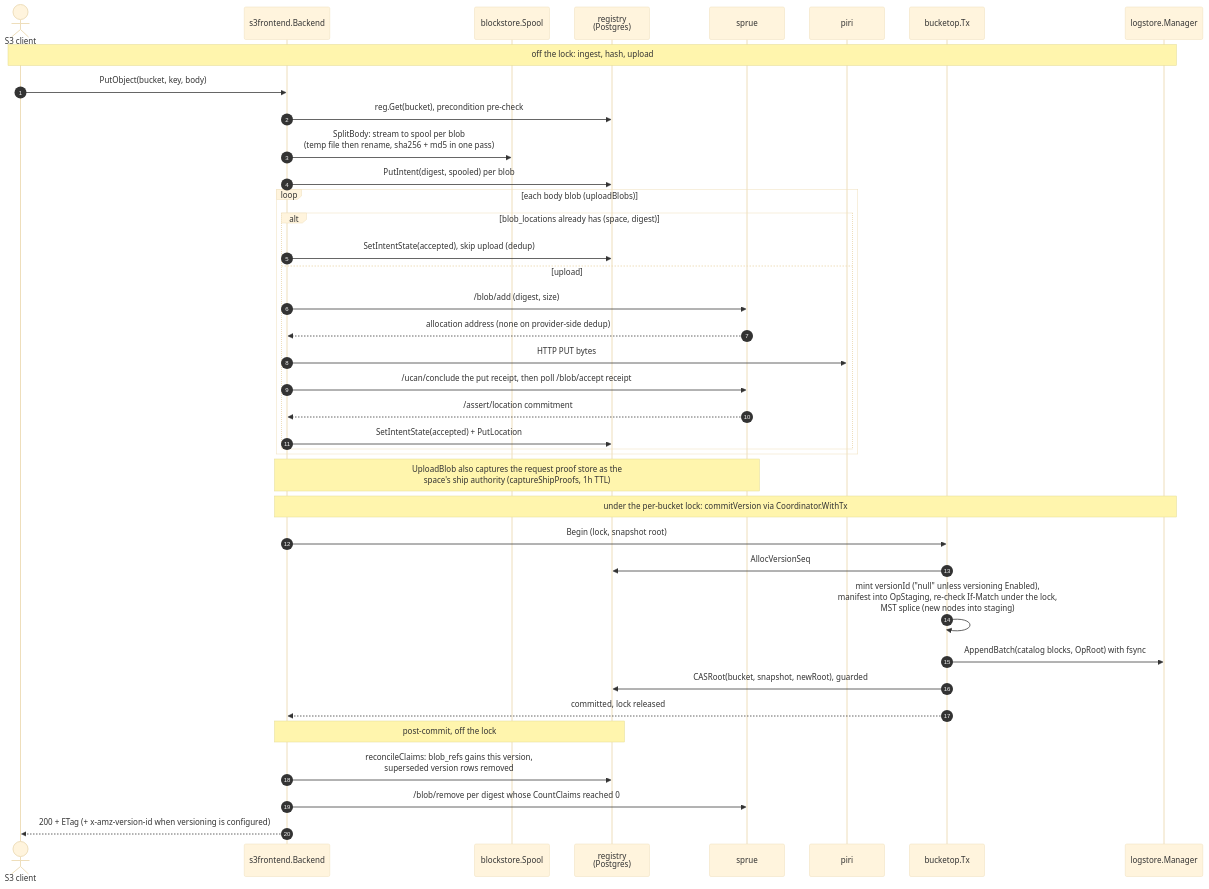
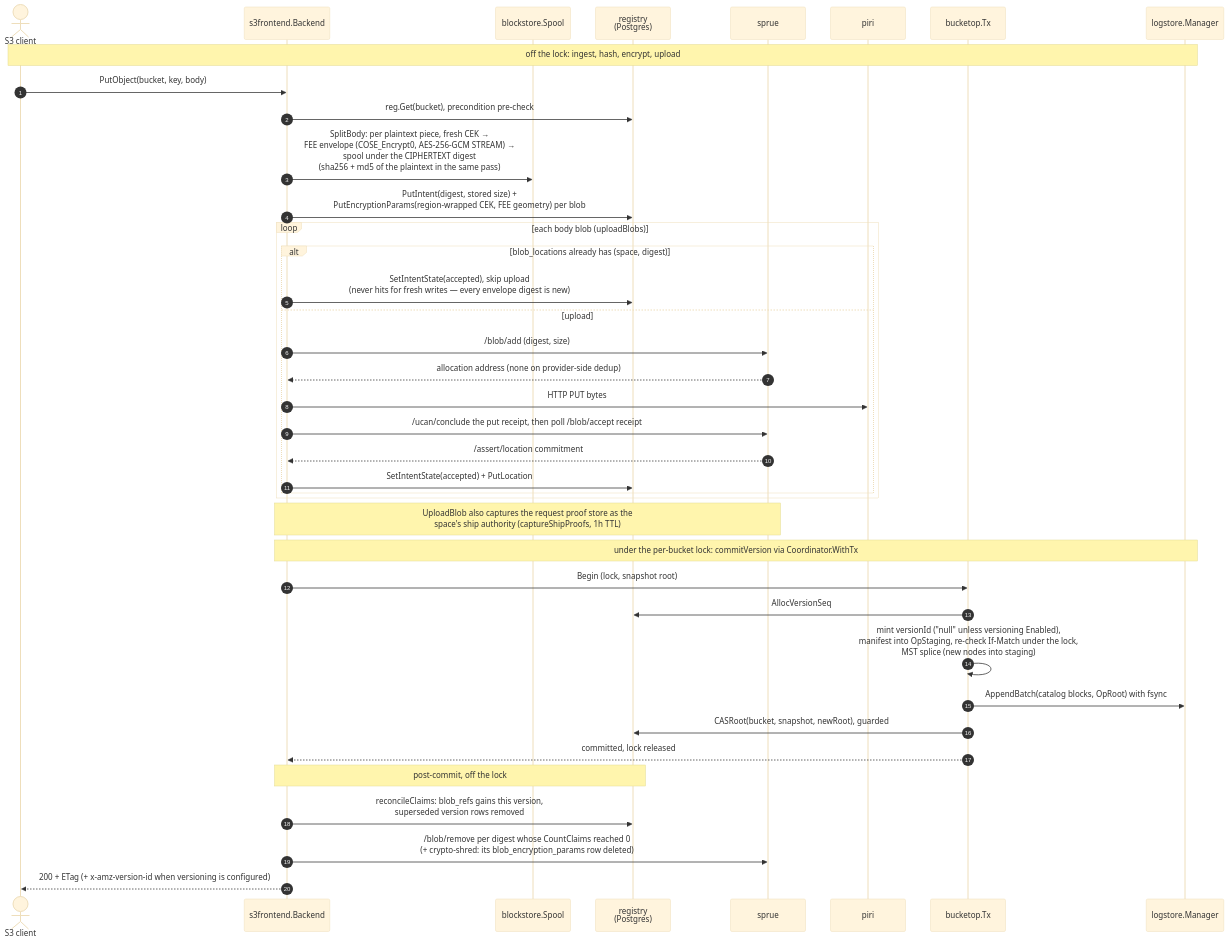
One commit to fil-forge/ingot changed the fourth of 14 diagrams in docs/diagrams.md. Above: the diagram before and after it, drawn with Mermaid (base theme). The commit also changed other lines of this file and 18 other files, not shown here.

````diff
--- a/docs/diagrams.md
+++ b/docs/diagrams.md
@@ -240,42 +240,42 @@
 ```mermaid
 sequenceDiagram
     autonumber
     actor C as S3 client
     participant B as s3frontend.Backend
     participant SP as blockstore.Spool
     participant R as registry<br/>(Postgres)
     participant U as sprue
     participant P as piri
     participant TX as bucketop.Tx
     participant L as logstore.Manager
 
-    Note over C,L: off the lock: ingest, hash, upload
+    Note over C,L: off the lock: ingest, hash, encrypt, upload
     C->>B: PutObject(bucket, key, body)
     B->>R: reg.Get(bucket), precondition pre-check
-    B->>SP: SplitBody: stream to spool per blob<br/>(temp file then rename, sha256 + md5 in one pass)
-    B->>R: PutIntent(digest, spooled) per blob
+    B->>SP: SplitBody: per plaintext piece, fresh CEK →<br/>FEE envelope (COSE_Encrypt0, AES-256-GCM STREAM) →<br/>spool under the CIPHERTEXT digest<br/>(sha256 + md5 of the plaintext in the same pass)
+    B->>R: PutIntent(digest, stored size) +<br/>PutEncryptionParams(region-wrapped CEK, FEE geometry) per blob
     loop each body blob (uploadBlobs)
         alt blob_locations already has (space, digest)
-            B->>R: SetIntentState(accepted), skip upload (dedup)
+            B->>R: SetIntentState(accepted), skip upload<br/>(never hits for fresh writes — every envelope digest is new)
         else upload
             B->>U: /blob/add (digest, size)
             U-->>B: allocation address (none on provider-side dedup)
             B->>P: HTTP PUT bytes
             B->>U: /ucan/conclude the put receipt, then poll /blob/accept receipt
             U-->>B: /assert/location commitment
             B->>R: SetIntentState(accepted) + PutLocation
         end
     end
     Note over B,U: UploadBlob also captures the request proof store as the<br/>space's ship authority (captureShipProofs, 1h TTL)
     Note over B,L: under the per-bucket lock: commitVersion via Coordinator.WithTx
     B->>TX: Begin (lock, snapshot root)
     TX->>R: AllocVersionSeq
     TX->>TX: mint versionId ("null" unless versioning Enabled),<br/>manifest into OpStaging, re-check If-Match under the lock,<br/>MST splice (new nodes into staging)
     TX->>L: AppendBatch(catalog blocks, OpRoot) with fsync
     TX->>R: CASRoot(bucket, snapshot, newRoot), guarded
     TX-->>B: committed, lock released
     Note over B,R: post-commit, off the lock
     B->>R: reconcileClaims: blob_refs gains this version,<br/>superseded version rows removed
-    B->>U: /blob/remove per digest whose CountClaims reached 0
+    B->>U: /blob/remove per digest whose CountClaims reached 0<br/>(+ crypto-shred: its blob_encryption_params row deleted)
     B-->>C: 200 + ETag (+ x-amz-version-id when versioning is configured)
 ```
````
